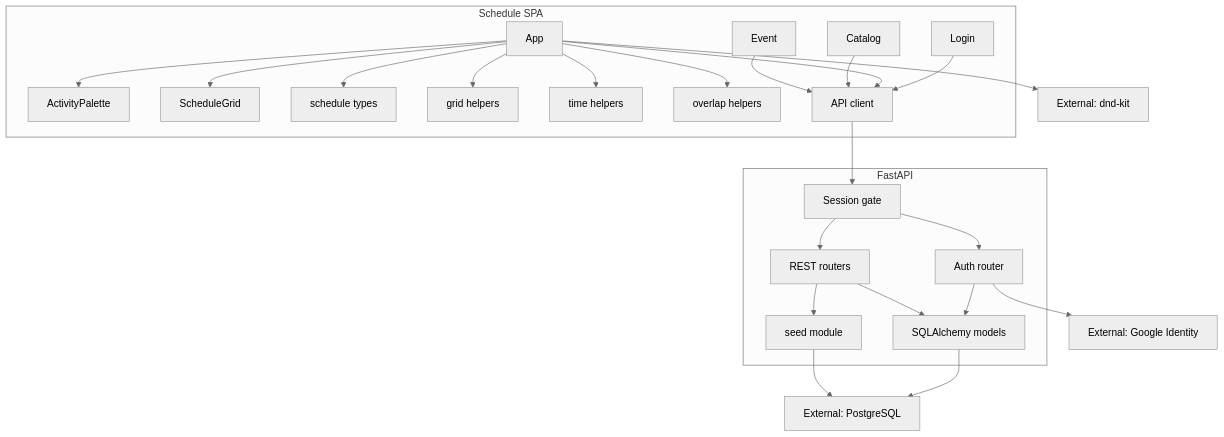
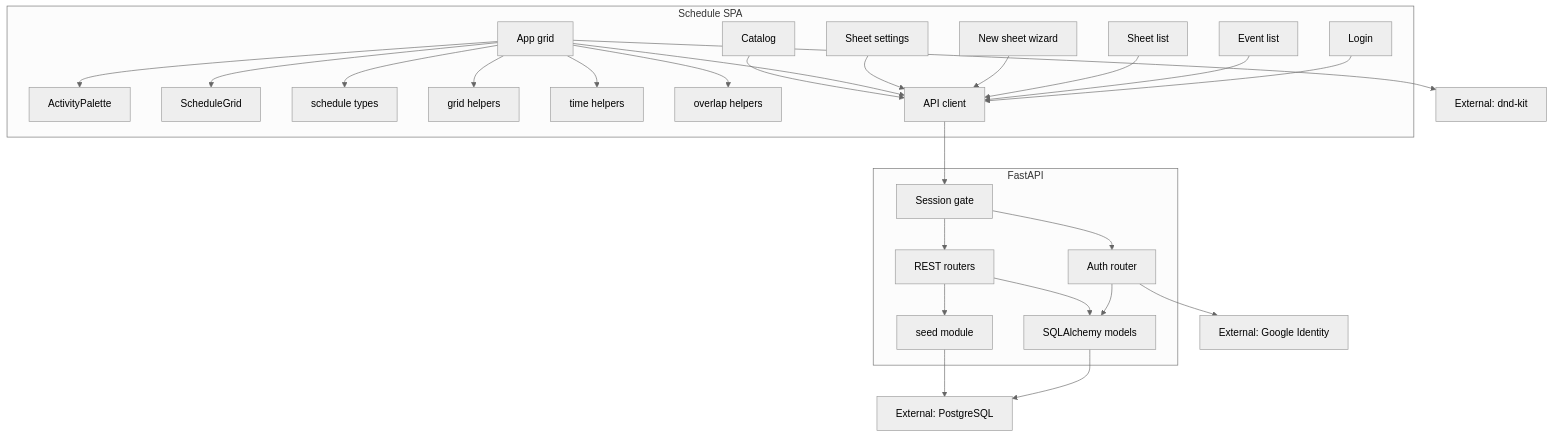
Before and after one commit to tri2k/room-allocations-demo: the diagram in docs/c4/component.md, drawn with Mermaid. The commit also changed other lines of this file and 33 other files, not shown here.

````diff
--- a/docs/c4/component.md
+++ b/docs/c4/component.md
@@ -5,47 +5,53 @@
 ```mermaid
 %%{init: {"theme": "neutral"}}%%
 flowchart TB
   subgraph spa [Schedule SPA]
     login["Login"]
-    app["App"]
+    eventPage["Event list"]
+    sheetsPage["Sheet list"]
+    newSheet["New sheet wizard"]
+    app["App grid"]
+    sheetSettings["Sheet settings"]
     catalog["Catalog"]
-    eventPage["Event"]
     palette["ActivityPalette"]
     grid["ScheduleGrid"]
     types["schedule types"]
     libGrid["grid helpers"]
     libTime["time helpers"]
     libOverlap["overlap helpers"]
     libApi["API client"]
   end
   subgraph api [FastAPI]
     gate["Session gate"]
     authRouter["Auth router"]
     routers["REST routers"]
     models["SQLAlchemy models"]
     seedMod["seed module"]
   end
   dndKit["External: dnd-kit"]
   google["External: Google Identity"]
   postgres["External: PostgreSQL"]
   login --> libApi
+  eventPage --> libApi
+  sheetsPage --> libApi
+  newSheet --> libApi
+  sheetSettings --> libApi
   app --> palette
   app --> grid
   app --> libGrid
   app --> libTime
   app --> libOverlap
   app --> libApi
   app --> types
   app --> dndKit
   catalog --> libApi
-  eventPage --> libApi
   libApi --> gate
   gate --> authRouter
   gate --> routers
   authRouter --> google
   authRouter --> models
   routers --> models
   routers --> seedMod
   models --> postgres
   seedMod --> postgres
 ```
````
